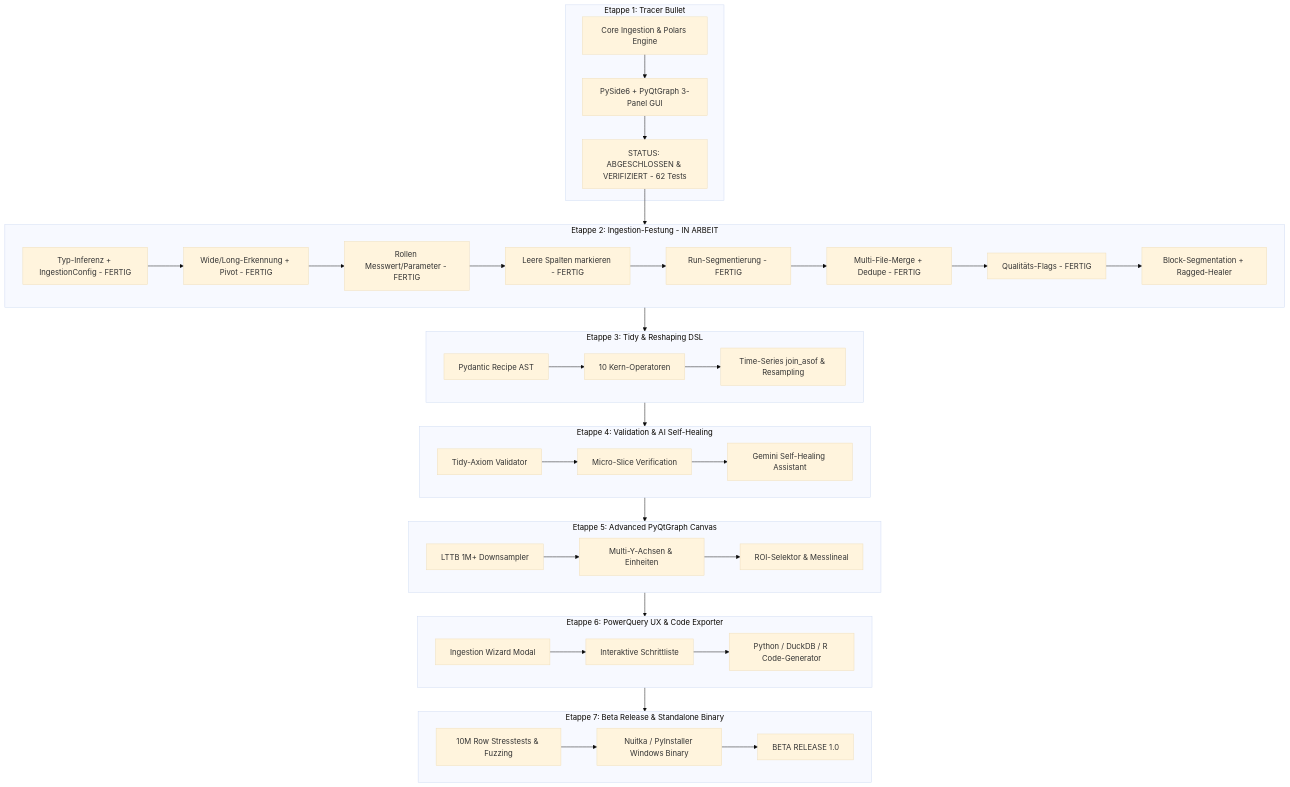
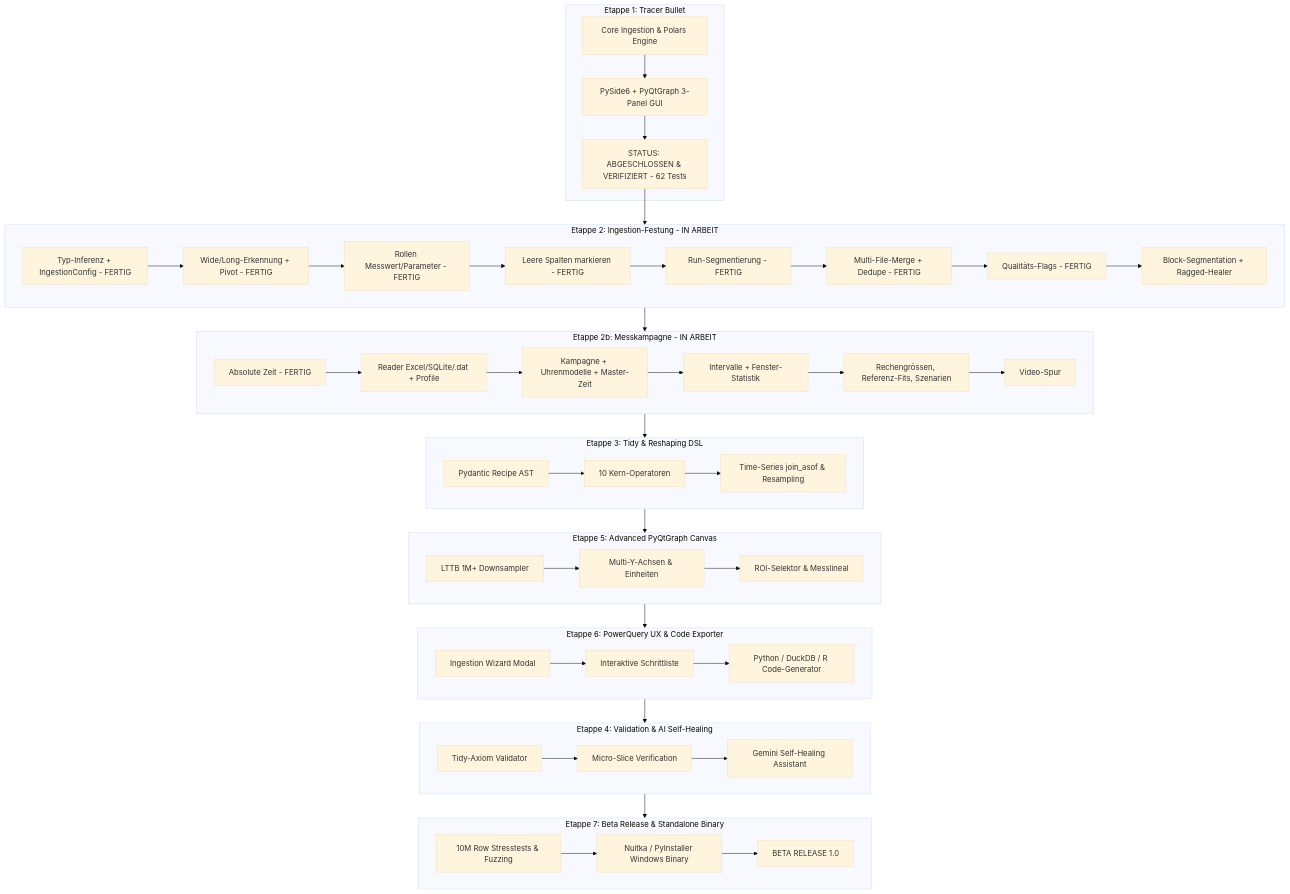
Before and after one commit to SeTi100/Datualizer: the diagram in docs/MASTER_ETAPPEN_PLAN.md, drawn with Mermaid (base theme). The commit also changed other lines of this file and 9 other files, not shown here.

First line of the commit message:
Etappe 2b, Schritt 1: absolute Zeitachse mit Zeitzonen und Ursprung

````diff
--- a/docs/MASTER_ETAPPEN_PLAN.md
+++ b/docs/MASTER_ETAPPEN_PLAN.md
@@ -23,49 +23,58 @@
 ```mermaid
 flowchart TD
     subgraph E1 [Etappe 1: Tracer Bullet]
         E1_Core[Core Ingestion & Polars Engine] --> E1_GUI[PySide6 + PyQtGraph 3-Panel GUI]
         E1_GUI --> E1_Done[STATUS: ABGESCHLOSSEN & VERIFIZIERT - 62 Tests]
     end
 
     subgraph E2 [Etappe 2: Ingestion-Festung - IN ARBEIT]
         E2_Type[Typ-Inferenz + IngestionConfig - FERTIG] --> E2_Long[Wide/Long-Erkennung + Pivot - FERTIG]
         E2_Long --> E2_Role[Rollen Messwert/Parameter - FERTIG]
         E2_Role --> E2_Empty[Leere Spalten markieren - FERTIG]
         E2_Empty --> E2_Run[Run-Segmentierung - FERTIG]
         E2_Run --> E2_Merge[Multi-File-Merge + Dedupe - FERTIG]
         E2_Merge --> E2_Flags[Qualitäts-Flags - FERTIG]
         E2_Flags --> E2_Block[Block-Segmentation + Ragged-Healer]
+    end
+
+    subgraph E2b [Etappe 2b: Messkampagne - IN ARBEIT]
+        E2b_Time[Absolute Zeit - FERTIG] --> E2b_Read[Reader Excel/SQLite/.dat + Profile]
+        E2b_Read --> E2b_Camp[Kampagne + Uhrenmodelle + Master-Zeit]
+        E2b_Camp --> E2b_Win[Intervalle + Fenster-Statistik]
+        E2b_Win --> E2b_Calc[Rechengrössen, Referenz-Fits, Szenarien]
+        E2b_Calc --> E2b_Video[Video-Spur]
     end
 
     subgraph E3 [Etappe 3: Tidy & Reshaping DSL]
         E3_AST[Pydantic Recipe AST] --> E3_Ops[10 Kern-Operatoren]
         E3_Ops --> E3_Time[Time-Series join_asof & Resampling]
     end
 
     subgraph E4 [Etappe 4: Validation & AI Self-Healing]
         E4_Axiom[Tidy-Axiom Validator] --> E4_Slice[Micro-Slice Verification]
         E4_Slice --> E4_LLM[Gemini Self-Healing Assistant]
     end
 
     subgraph E5 [Etappe 5: Advanced PyQtGraph Canvas]
         E5_LTTB[LTTB 1M+ Downsampler] --> E5_Axes[Multi-Y-Achsen & Einheiten]
         E5_Axes --> E5_Tools[ROI-Selektor & Messlineal]
     end
 
     subgraph E6 [Etappe 6: PowerQuery UX & Code Exporter]
         E6_Wiz[Ingestion Wizard Modal] --> E6_Hist[Interaktive Schrittliste]
         E6_Hist --> E6_Export[Python / DuckDB / R Code-Generator]
     end
 
     subgraph E7 [Etappe 7: Beta Release & Standalone Binary]
         E7_Bench[10M Row Stresstests & Fuzzing] --> E7_Pack[Nuitka / PyInstaller Windows Binary]
         E7_Pack --> E7_Release[BETA RELEASE 1.0]
     end
 
     E1_Done --> E2
-    E2 --> E3
-    E3 --> E4
-    E4 --> E5
+    E2 --> E2b
+    E2b --> E3
+    E3 --> E5
     E5 --> E6
-    E6 --> E7
+    E6 --> E4
+    E4 --> E7
 ```
````
